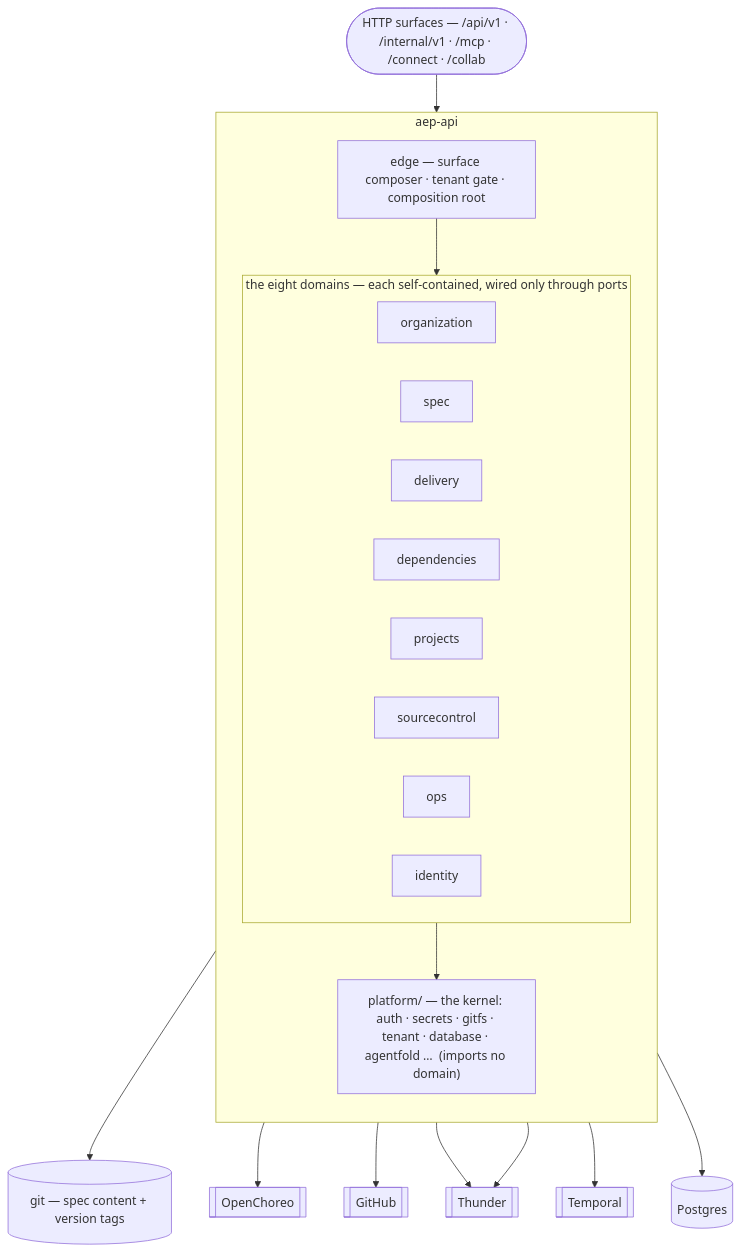
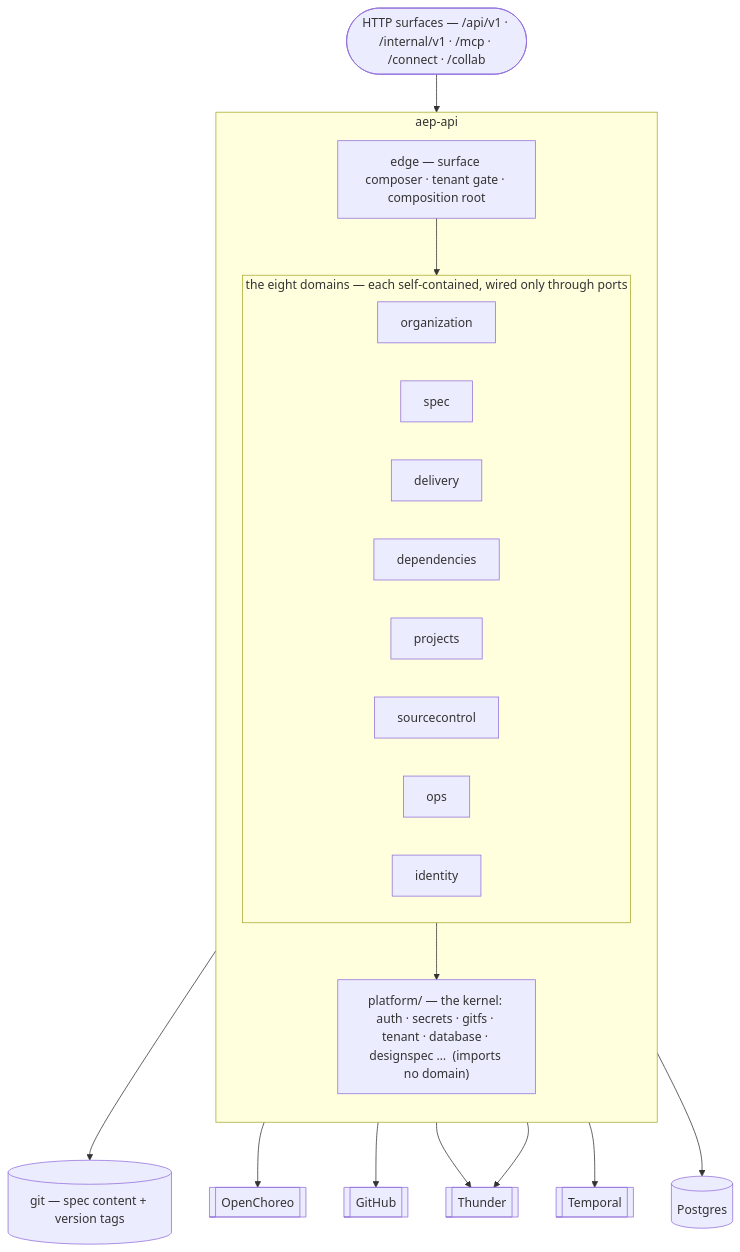
Before and after one commit to wso2/labs-agentic-engineer: the diagram in services/aep-api/README.md, drawn with Mermaid. The commit also changed other lines of this file and 111 other files, not shown here.

````diff
--- a/services/aep-api/README.md
+++ b/services/aep-api/README.md
@@ -16,30 +16,30 @@
 ```mermaid
 flowchart TB
   SURF(["HTTP surfaces — /api/v1 · /internal/v1 · /mcp · /connect · /collab"])
   subgraph AEPAPI["aep-api"]
     direction TB
     EDGE["edge — surface composer · tenant gate · composition root"]
     subgraph DOMAINS["the eight domains — each self-contained, wired only through ports"]
       direction LR
       ORG["organization"]
       SPEC["spec"]
       DEL["delivery"]
       DEP["dependencies"]
       PROJ["projects"]
       SC["sourcecontrol"]
       OPS["ops"]
       IDN["identity"]
     end
-    PLAT["platform/ — the kernel: auth · secrets · gitfs · tenant · database · agentfold …  (imports no domain)"]
+    PLAT["platform/ — the kernel: auth · secrets · gitfs · tenant · database · designspec …  (imports no domain)"]
     EDGE --> DOMAINS
     DOMAINS --> PLAT
   end
   SURF --> EDGE
   DOMAINS --> PG[("Postgres")]
   SPEC --> GIT[("git — spec content + version tags")]
   DEP --> OC[[OpenChoreo]]
   SC --> GH[[GitHub]]
   ORG --> TH[[Thunder]]
   IDN --> TH
   DEL --> TMP[[Temporal]]
 ```
````
